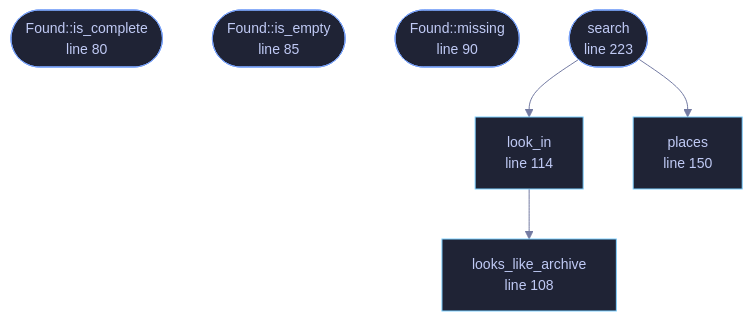
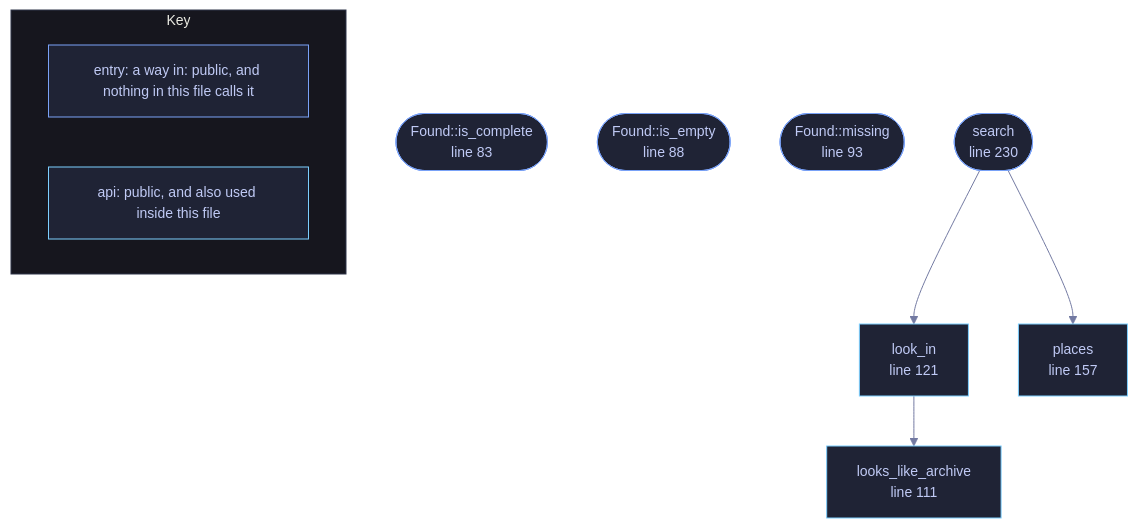
One commit to tilas01/veilvoice changed the diagram in docs/files/veilvoice-verify/discover.md. Above: the diagram before and after it, drawn with Mermaid. The commit also changed other lines of this file and 1510 other files, not shown here.

First line of the commit message:
Regenerate the documentation, wiki, site, graphs and measured numbers

````diff
--- a/docs/files/veilvoice-verify/discover.md
+++ b/docs/files/veilvoice-verify/discover.md
@@ -104,25 +104,32 @@
 ```mermaid
 %%{init: {"theme":"base","themeVariables":{"background":"#1a1b26","primaryColor":"#1f2335","primaryTextColor":"#c0caf5","primaryBorderColor":"#7aa2f7","secondaryColor":"#16161e","tertiaryColor":"#16161e","lineColor":"#737aa2","textColor":"#c0caf5","mainBkg":"#1f2335","nodeBorder":"#7aa2f7","clusterBkg":"#16161e","clusterBorder":"#2f3549","fontFamily":"ui-monospace, SFMono-Regular, Consolas, monospace","fontSize":"14px"}}}%%
 flowchart TD
-    n_is_complete(["Found::is_complete<br/>line 80"])
-    n_is_empty(["Found::is_empty<br/>line 85"])
-    n_missing(["Found::missing<br/>line 90"])
-    n_looks_like_archive["looks_like_archive<br/>line 108"]
-    n_look_in["look_in<br/>line 114"]
-    n_places["places<br/>line 150"]
-    n_search(["search<br/>line 223"])
+    n_is_complete(["Found::is_complete<br/>line 83"])
+    n_is_empty(["Found::is_empty<br/>line 88"])
+    n_missing(["Found::missing<br/>line 93"])
+    n_looks_like_archive["looks_like_archive<br/>line 111"]
+    n_look_in["look_in<br/>line 121"]
+    n_places["places<br/>line 157"]
+    n_search(["search<br/>line 230"])
     n_look_in --> n_looks_like_archive
     n_search --> n_look_in
     n_search --> n_places
-    click n_is_complete href "https://github.com/tilas01/veilvoice/blob/main/crates/veilvoice-verify/src/discover.rs#L80" "open the source"
-    click n_is_empty href "https://github.com/tilas01/veilvoice/blob/main/crates/veilvoice-verify/src/discover.rs#L85" "open the source"
-    click n_missing href "https://github.com/tilas01/veilvoice/blob/main/crates/veilvoice-verify/src/discover.rs#L90" "open the source"
-    click n_looks_like_archive href "https://github.com/tilas01/veilvoice/blob/main/crates/veilvoice-verify/src/discover.rs#L108" "open the source"
-    click n_look_in href "https://github.com/tilas01/veilvoice/blob/main/crates/veilvoice-verify/src/discover.rs#L114" "open the source"
-    click n_places href "https://github.com/tilas01/veilvoice/blob/main/crates/veilvoice-verify/src/discover.rs#L150" "open the source"
-    click n_search href "https://github.com/tilas01/veilvoice/blob/main/crates/veilvoice-verify/src/discover.rs#L223" "open the source"
+    click n_is_complete href "https://github.com/tilas01/veilvoice/blob/main/crates/veilvoice-verify/src/discover.rs#L83" "open the source"
+    click n_is_empty href "https://github.com/tilas01/veilvoice/blob/main/crates/veilvoice-verify/src/discover.rs#L88" "open the source"
+    click n_missing href "https://github.com/tilas01/veilvoice/blob/main/crates/veilvoice-verify/src/discover.rs#L93" "open the source"
+    click n_looks_like_archive href "https://github.com/tilas01/veilvoice/blob/main/crates/veilvoice-verify/src/discover.rs#L111" "open the source"
+    click n_look_in href "https://github.com/tilas01/veilvoice/blob/main/crates/veilvoice-verify/src/discover.rs#L121" "open the source"
+    click n_places href "https://github.com/tilas01/veilvoice/blob/main/crates/veilvoice-verify/src/discover.rs#L157" "open the source"
+    click n_search href "https://github.com/tilas01/veilvoice/blob/main/crates/veilvoice-verify/src/discover.rs#L230" "open the source"
     classDef entry fill:#1f2335,stroke:#7aa2f7,color:#c0caf5
     class n_is_complete,n_is_empty,n_missing,n_search entry
     classDef api fill:#1f2335,stroke:#7dcfff,color:#c0caf5
     class n_looks_like_archive,n_look_in,n_places api
+    subgraph chart_key ["Key"]
+        direction LR
+        key_entry["entry: a way in: public, and nothing in this file calls it"]
+        key_api["api: public, and also used inside this file"]
+    end
+    class key_entry entry
+    class key_api api
 ```
````
